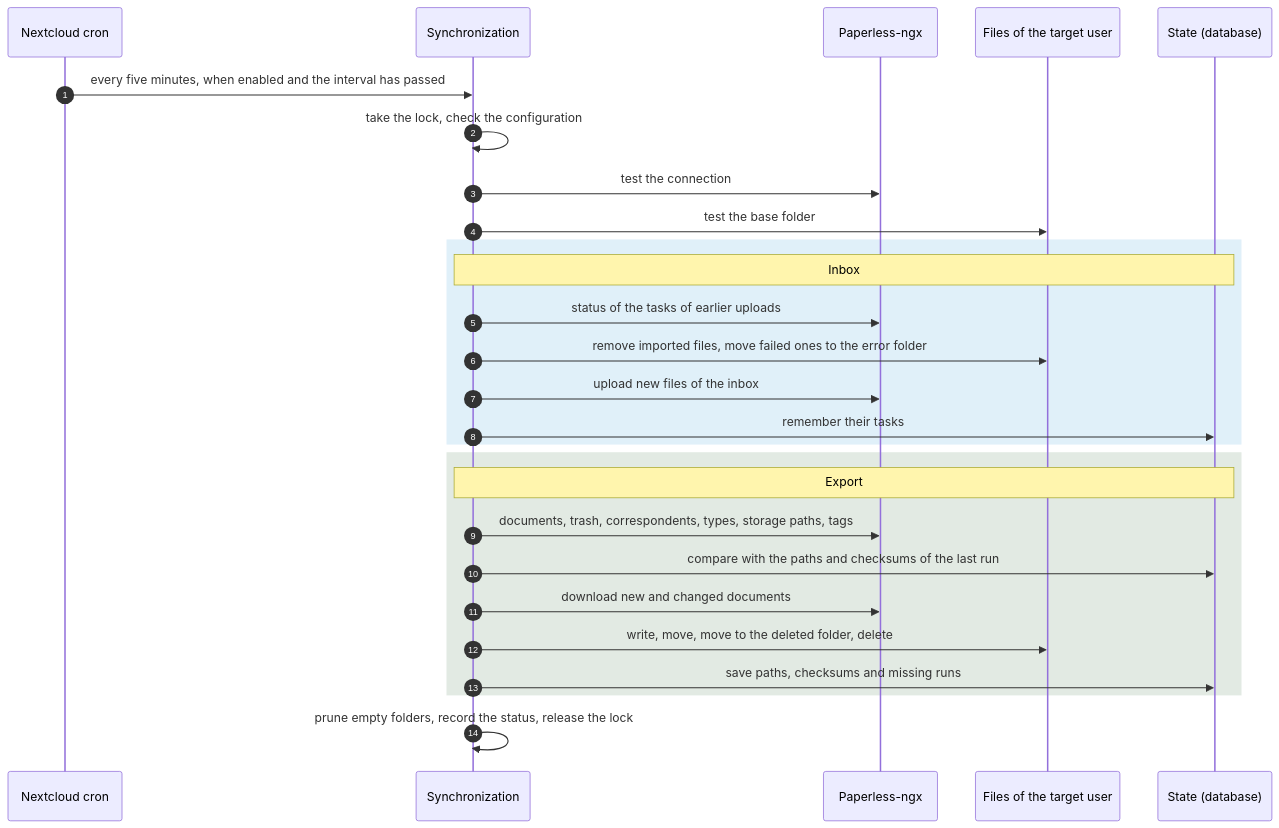
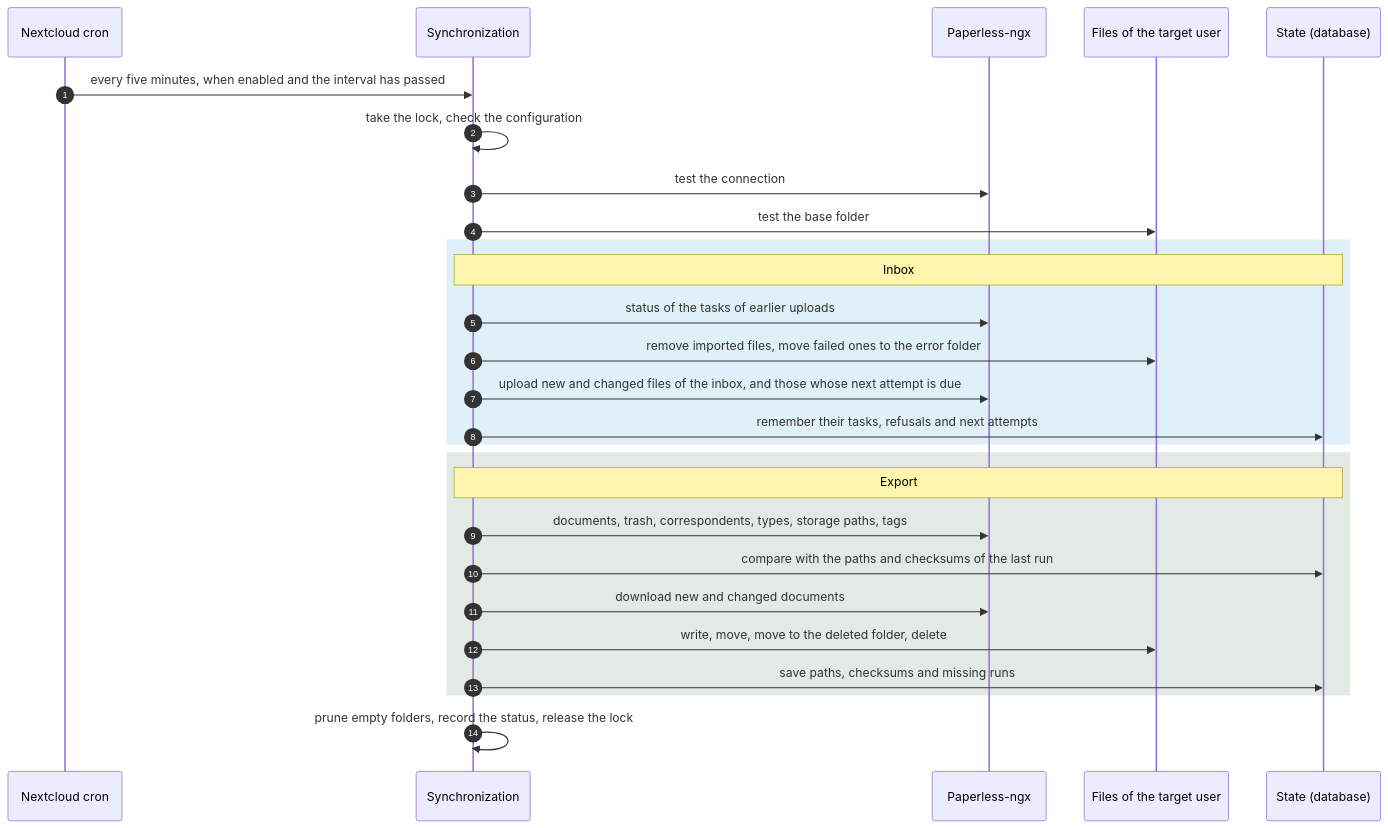
The second of 2 diagrams in docs/architecture.md (Dennis-Otto/paperless-sync), drawn with Mermaid before and after one commit. The commit also changed other lines of this file and 19 other files, not shown here.

First line of the commit message:
fix: upload inbox files with a Content-Length and stop retrying refused ones (#74)

````diff
--- a/docs/architecture.md
+++ b/docs/architecture.md
@@ -54,29 +54,29 @@
 ```mermaid
 sequenceDiagram
     autonumber
     participant Cron as Nextcloud cron
     participant Sync as Synchronization
     participant Paperless as Paperless-ngx
     participant Files as Files of the target user
     participant State as State (database)
     Cron->>Sync: every five minutes, when enabled and the interval has passed
     Sync->>Sync: take the lock, check the configuration
     Sync->>Paperless: test the connection
     Sync->>Files: test the base folder
     rect rgba(0, 130, 201, 0.12)
         Note over Sync,State: Inbox
         Sync->>Paperless: status of the tasks of earlier uploads
         Sync->>Files: remove imported files, move failed ones to the error folder
-        Sync->>Paperless: upload new files of the inbox
-        Sync->>State: remember their tasks
+        Sync->>Paperless: upload new and changed files of the inbox, and those whose next attempt is due
+        Sync->>State: remember their tasks, refusals and next attempts
     end
     rect rgba(23, 84, 31, 0.12)
         Note over Sync,State: Export
         Sync->>Paperless: documents, trash, correspondents, types, storage paths, tags
         Sync->>State: compare with the paths and checksums of the last run
         Sync->>Paperless: download new and changed documents
         Sync->>Files: write, move, move to the deleted folder, delete
         Sync->>State: save paths, checksums and missing runs
     end
     Sync->>Sync: prune empty folders, record the status, release the lock
 ```
````
